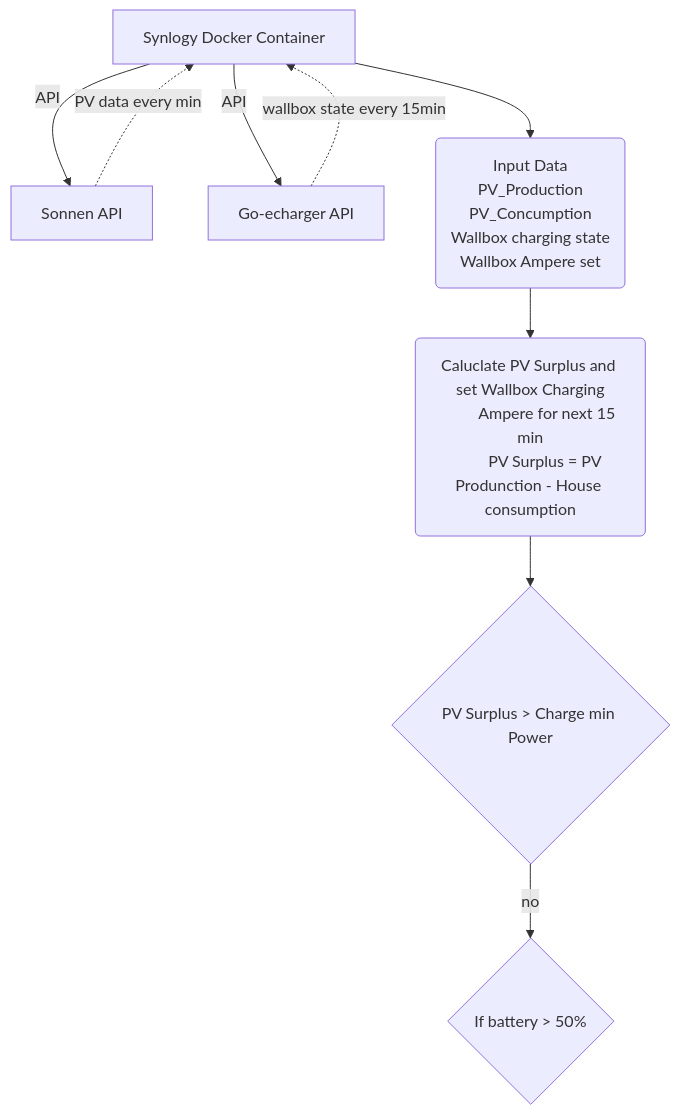
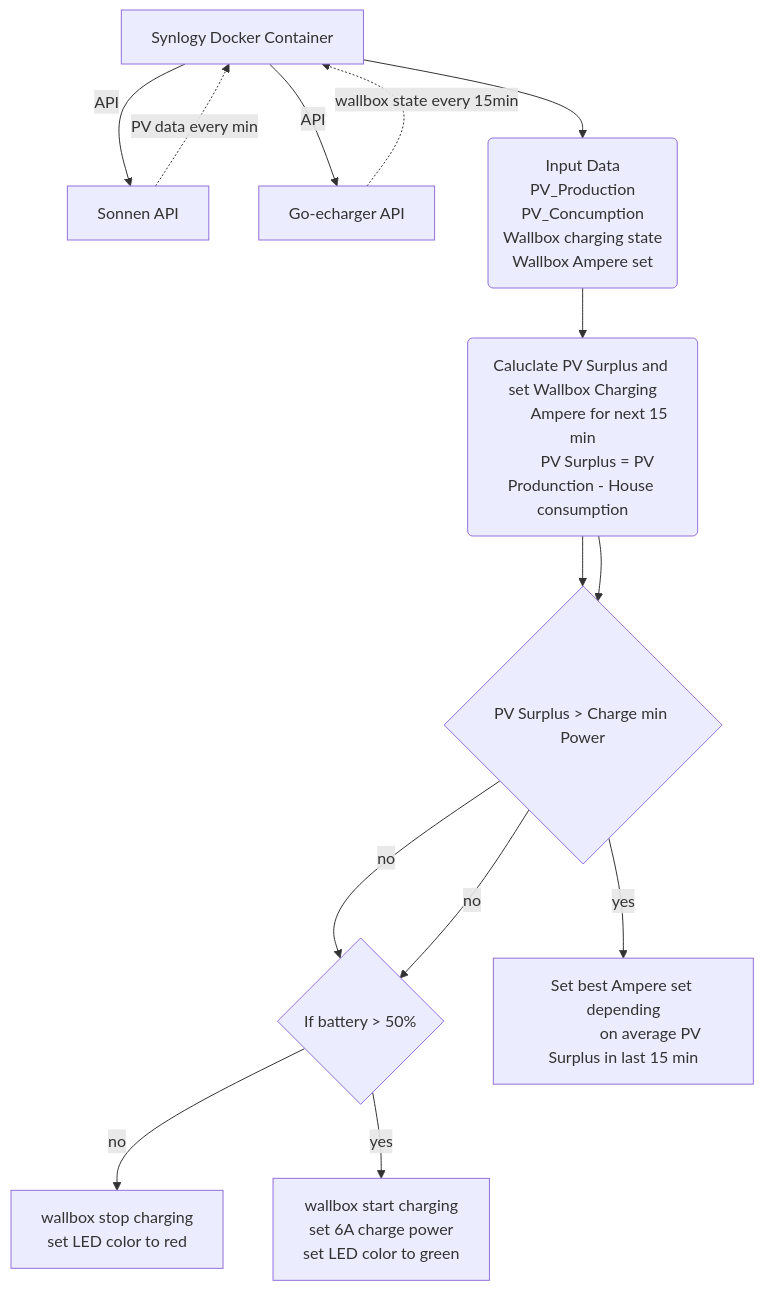
Before and after one commit to schwabenschulle/pvcharger: the diagram in README.md, drawn with Mermaid.

````diff
--- a/README.md
+++ b/README.md
@@ -22,18 +22,27 @@
 ```mermaid
 graph TD
 A[Synlogy Docker Container] -->|API| B[Sonnen API]
 B[Sonnen API] -.->|PV data every min| A[Synlogy Docker Container]
 A[Synlogy Docker Container] -->|API| C[Go-echarger API]
 C[Go-echarger API] -.->|wallbox state every 15min| A[Synlogy Docker Container]
 A[Synlogy Docker Container] -->D("Input Data
                 PV_Production
                 PV_Concumption
                 Wallbox charging state
                 Wallbox Ampere set")
 D --> E("Caluclate PV Surplus and set Wallbox Charging
          Ampere for next 15 min
         PV Surplus = PV Produnction - House consumption")
 E --> F{"PV Surplus > Charge min Power"}
 F -->|no| G{"If battery > 50%"}
+E --> F{"PV Surplus > Charge min Power"}
+F -->|no| G{"If battery > 50%"}
+G --> |no| H["wallbox stop charging
+             set LED color to red"]
+G -->|yes| I["wallbox start charging
+              set 6A charge power
+              set LED color to green"]
+F -->|yes| J["Set best Ampere set depending
+              on average PV Surplus in last 15 min"]
 
 ```
````
